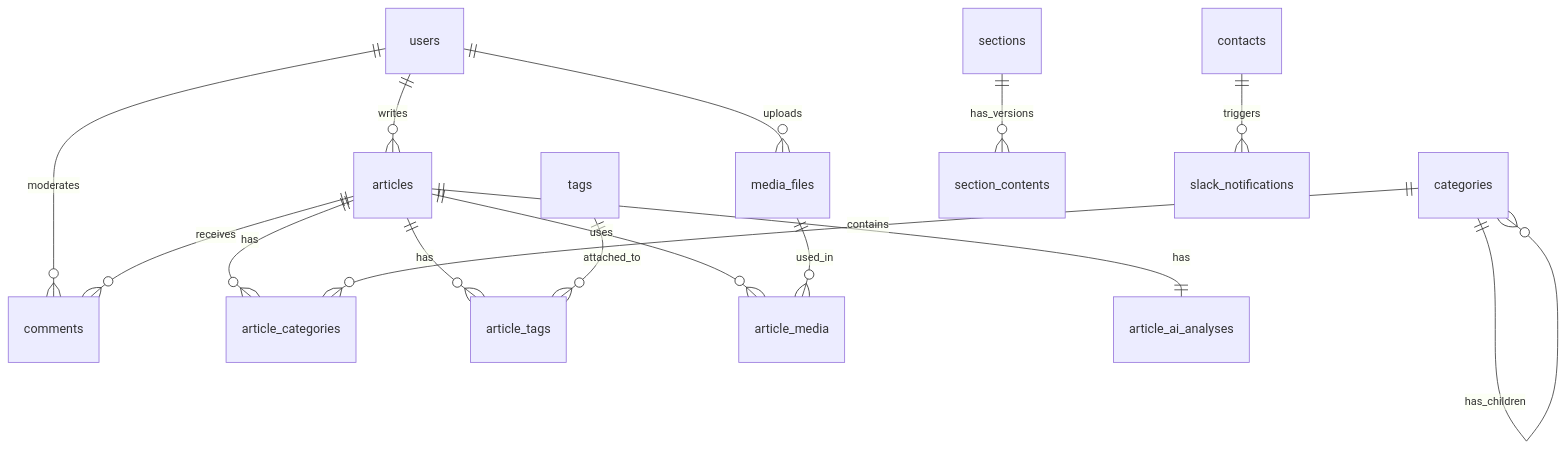
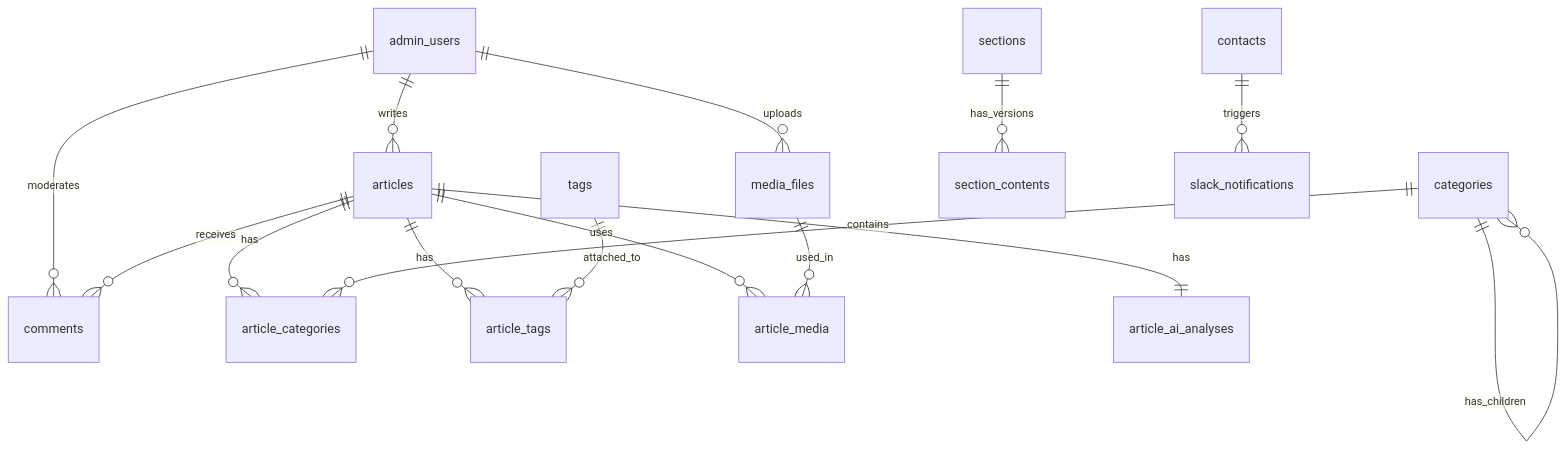
Before and after one commit to miyakawa2449/cms-ruby: the diagram in docs/database/schema_design.md, drawn with Mermaid. The commit also changed other lines of this file and 50 other files, not shown here.

````diff
--- a/docs/database/schema_design.md
+++ b/docs/database/schema_design.md
@@ -8,17 +8,17 @@
 ```mermaid
 erDiagram
-    users ||--o{ articles : writes
-    users ||--o{ comments : moderates
-    users ||--o{ media_files : uploads
+    admin_users ||--o{ articles : writes
+    admin_users ||--o{ comments : moderates
+    admin_users ||--o{ media_files : uploads
     articles ||--o{ article_categories : has
     articles ||--o{ article_tags : has
     articles ||--o{ comments : receives
     articles ||--o{ article_media : uses
     articles ||--|| article_ai_analyses : has
     categories ||--o{ article_categories : contains
     categories ||--o{ categories : has_children
     tags ||--o{ article_tags : attached_to
     media_files ||--o{ article_media : used_in
     sections ||--o{ section_contents : has_versions
     contacts ||--o{ slack_notifications : triggers
 ```
````
